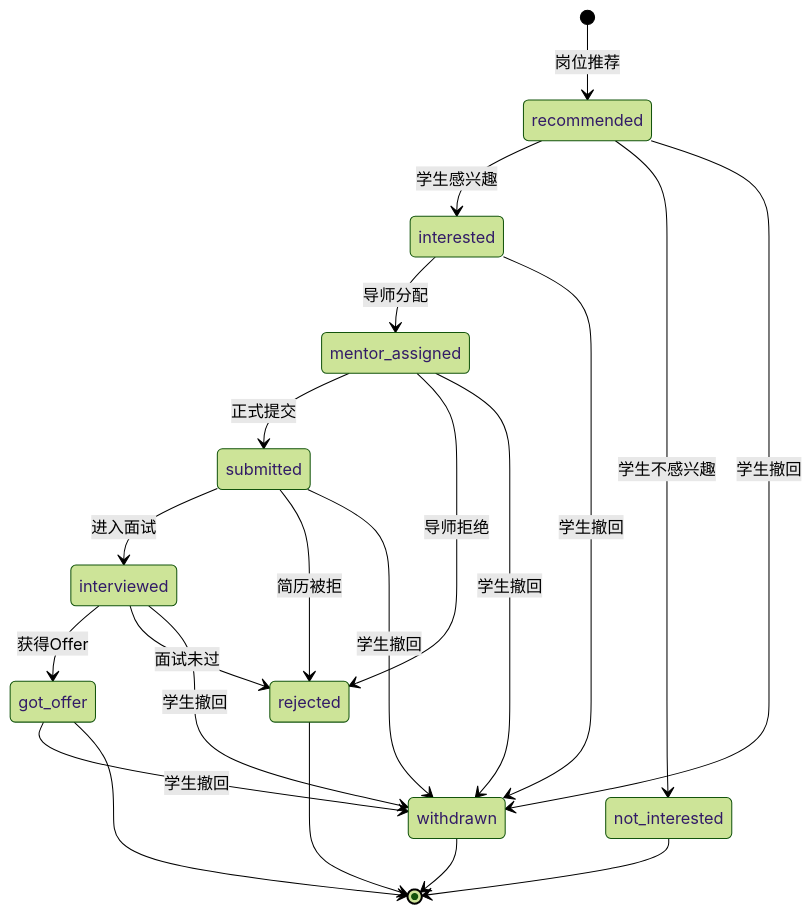
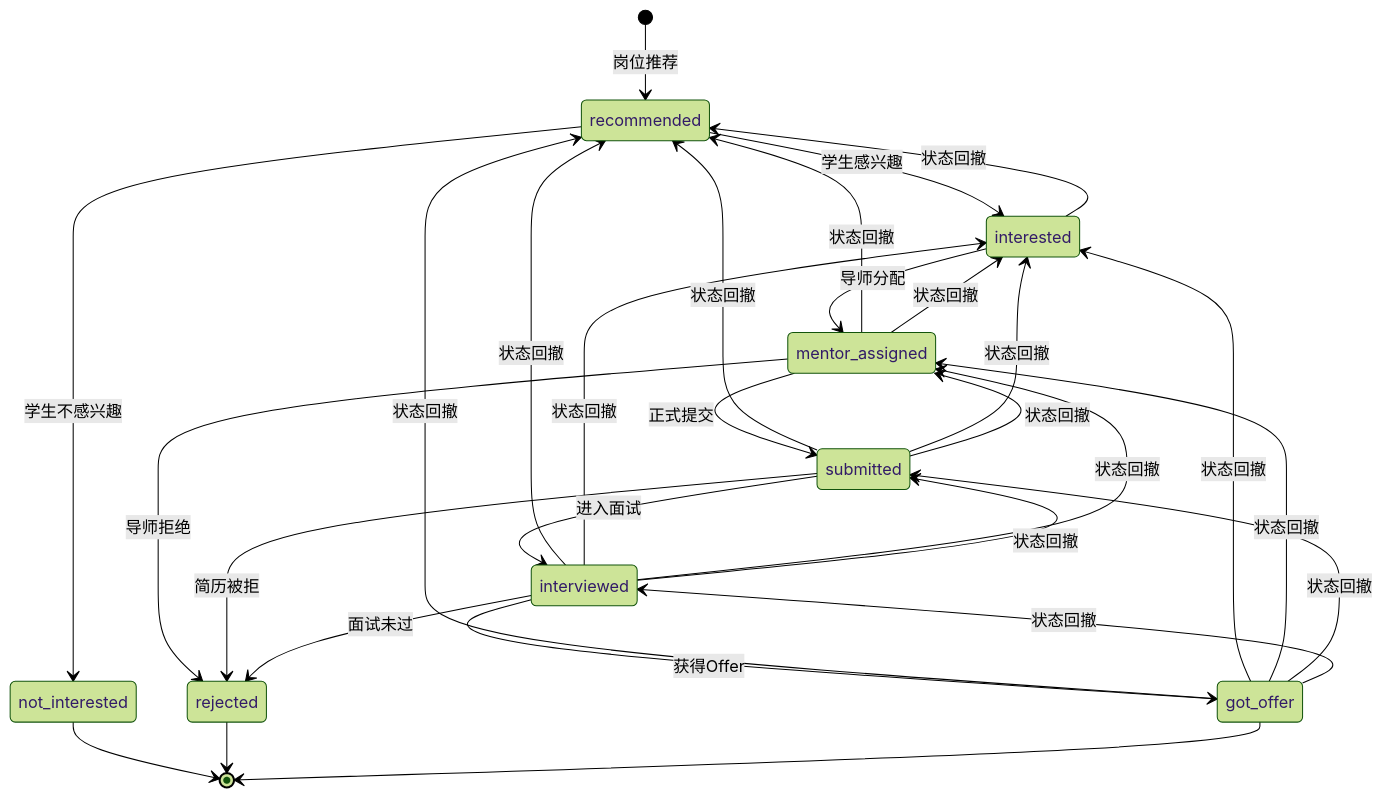
The fourth of 5 diagrams in docs/placement_domain_design_v3.1.md (victorx98/sa2-mvp), drawn with Mermaid (forest theme) before and after one commit. The commit also changed other lines of this file and 10 other files, not shown here.

````diff
--- a/docs/placement_domain_design_v3.1.md
+++ b/docs/placement_domain_design_v3.1.md
@@ -83,25 +92,34 @@
 ```mermaid
 stateDiagram-v2
     [*] --> recommended: 岗位推荐
     recommended --> interested: 学生感兴趣
     recommended --> not_interested: 学生不感兴趣
     interested --> mentor_assigned: 导师分配
     mentor_assigned --> submitted: 正式提交
     mentor_assigned --> rejected: 导师拒绝
     submitted --> interviewed: 进入面试
     submitted --> rejected: 简历被拒
     interviewed --> got_offer: 获得Offer
     interviewed --> rejected: 面试未过
     
-    recommended --> withdrawn: 学生撤回
-    interested --> withdrawn: 学生撤回
-    mentor_assigned --> withdrawn: 学生撤回
-    submitted --> withdrawn: 学生撤回
-    interviewed --> withdrawn: 学生撤回
-    got_offer --> withdrawn: 学生撤回
+    %% 支持状态回撤到上一个有效状态
+    got_offer --> recommended: 状态回撤
+    got_offer --> interested: 状态回撤
+    got_offer --> mentor_assigned: 状态回撤
+    got_offer --> submitted: 状态回撤
+    got_offer --> interviewed: 状态回撤
+    interviewed --> recommended: 状态回撤
+    interviewed --> interested: 状态回撤
+    interviewed --> mentor_assigned: 状态回撤
+    interviewed --> submitted: 状态回撤
+    submitted --> recommended: 状态回撤
+    submitted --> interested: 状态回撤
+    submitted --> mentor_assigned: 状态回撤
+    mentor_assigned --> recommended: 状态回撤
+    mentor_assigned --> interested: 状态回撤
+    interested --> recommended: 状态回撤
     
     not_interested --> [*]
     rejected --> [*]
     got_offer --> [*]
-    withdrawn --> [*]
 ```
````
